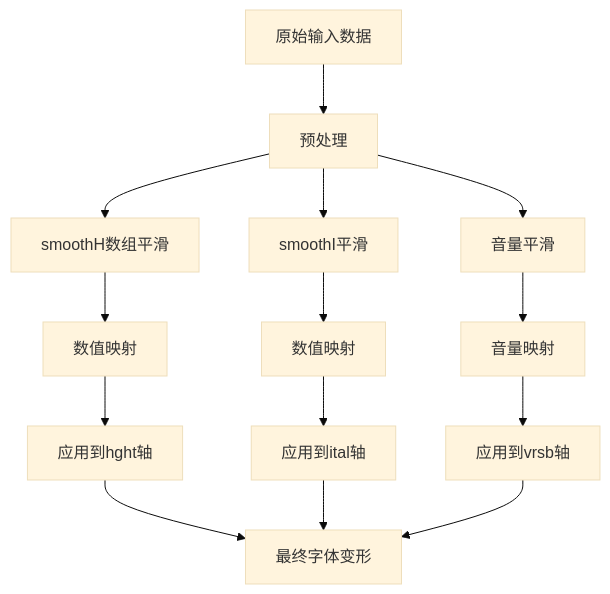
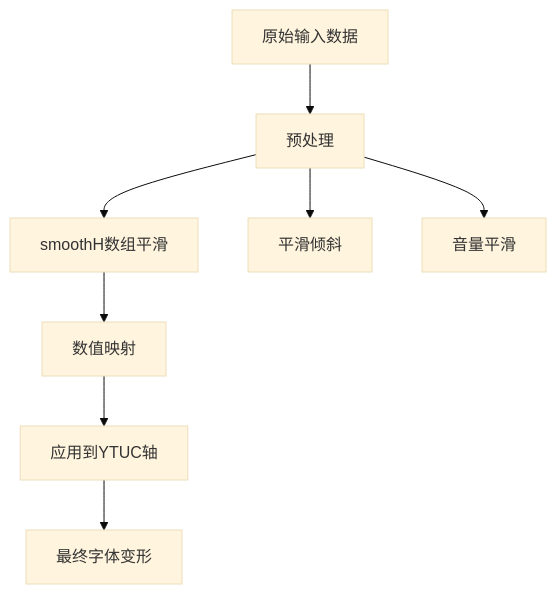
One commit to db300/MySymphosizer changed the second of 9 diagrams in .qoder/repowiki/zh/content/字体渲染引擎/可变字体系统.md. Above: the diagram before and after it, drawn with Mermaid (base theme). The commit also changed other lines of this file and 5 other files, not shown here.

````diff
--- a/.qoder/repowiki/zh/content/字体渲染引擎/可变字体系统.md
+++ b/.qoder/repowiki/zh/content/字体渲染引擎/可变字体系统.md
@@ -89,16 +96,10 @@
 ```mermaid
 flowchart TD
 Input[原始输入数据] --> PreProcess[预处理]
 PreProcess --> SmoothH[smoothH数组平滑]
-PreProcess --> SmoothI[smoothI平滑]
+PreProcess --> SmoothSkew[平滑倾斜]
 PreProcess --> SmoothVol[音量平滑]
 SmoothH --> MapH[数值映射]
-SmoothI --> MapI[数值映射]
-SmoothVol --> MapVol[音量映射]
-MapH --> ApplyH[应用到hght轴]
-MapI --> ApplyI[应用到ital轴]
-MapVol --> ApplyVol[应用到vrsb轴]
-ApplyH --> Output[最终字体变形]
-ApplyI --> Output
-ApplyVol --> Output
+MapH --> ApplyYTUC[应用到YTUC轴]
+ApplyYTUC --> Output[最终字体变形]
 ```
````
